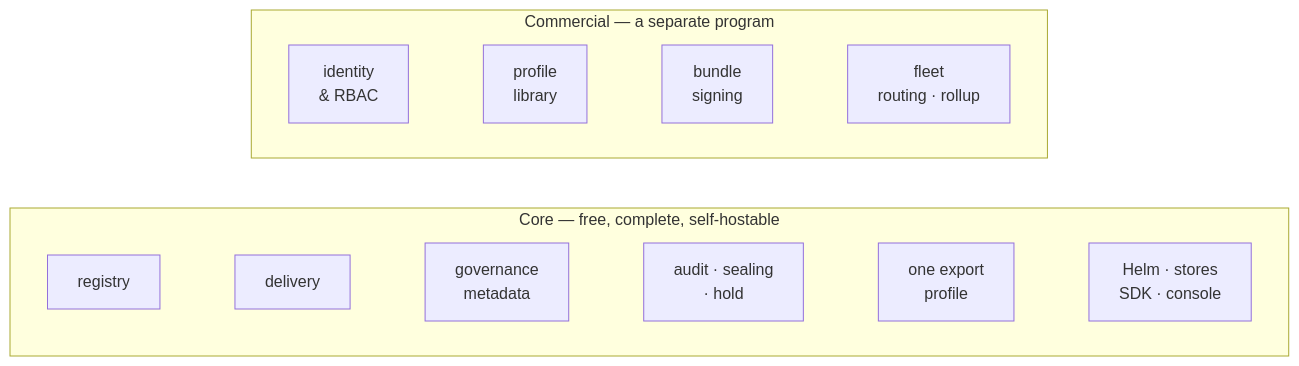
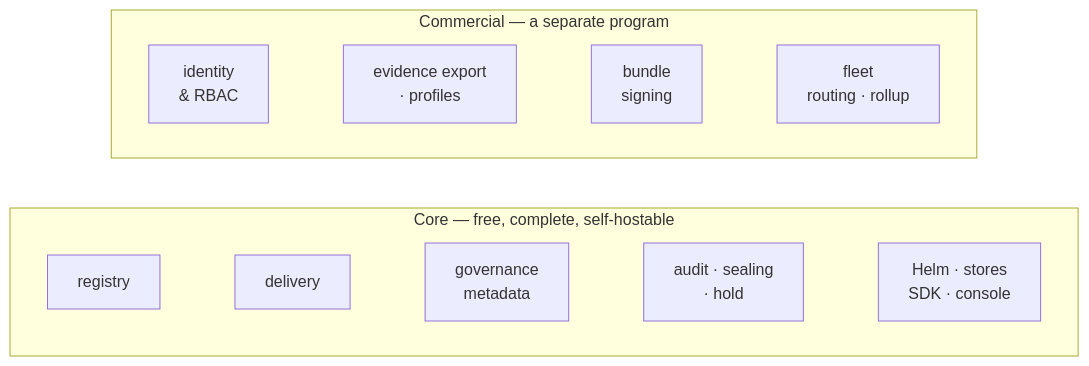
The diagram in docs/24-commercial-boundary.md (proseria-research/lineage), drawn with Mermaid before and after one commit. The commit also changed other lines of this file and 2 other files, not shown here.

````diff
--- a/docs/24-commercial-boundary.md
+++ b/docs/24-commercial-boundary.md
@@ -13,13 +13,13 @@
 ```mermaid
 %%{init: {"flowchart": {"curve": "linear"}}}%%
 flowchart TB
     subgraph ee["Commercial — a separate program"]
         direction LR
-        auth["identity<br/>& RBAC"] ~~~ prof["profile<br/>library"] ~~~ sig["bundle<br/>signing"] ~~~ flt["fleet<br/>routing · rollup"]
+        auth["identity<br/>& RBAC"] ~~~ exp["evidence export<br/>· profiles"] ~~~ sig["bundle<br/>signing"] ~~~ flt["fleet<br/>routing · rollup"]
     end
     subgraph core["Core — free, complete, self-hostable"]
         direction LR
-        reg["registry"] ~~~ del["delivery"] ~~~ gov["governance<br/>metadata"] ~~~ aud["audit · sealing<br/>· hold"] ~~~ exp["one export<br/>profile"] ~~~ ops["Helm · stores<br/>SDK · console"]
+        reg["registry"] ~~~ del["delivery"] ~~~ gov["governance<br/>metadata"] ~~~ aud["audit · sealing<br/>· hold"] ~~~ ops["Helm · stores<br/>SDK · console"]
     end
     ee ~~~ core
 ```
````
